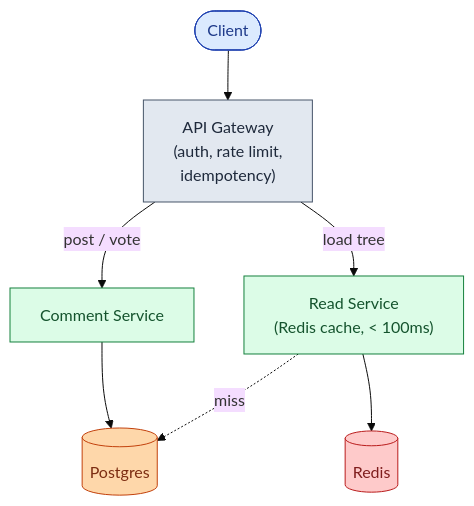
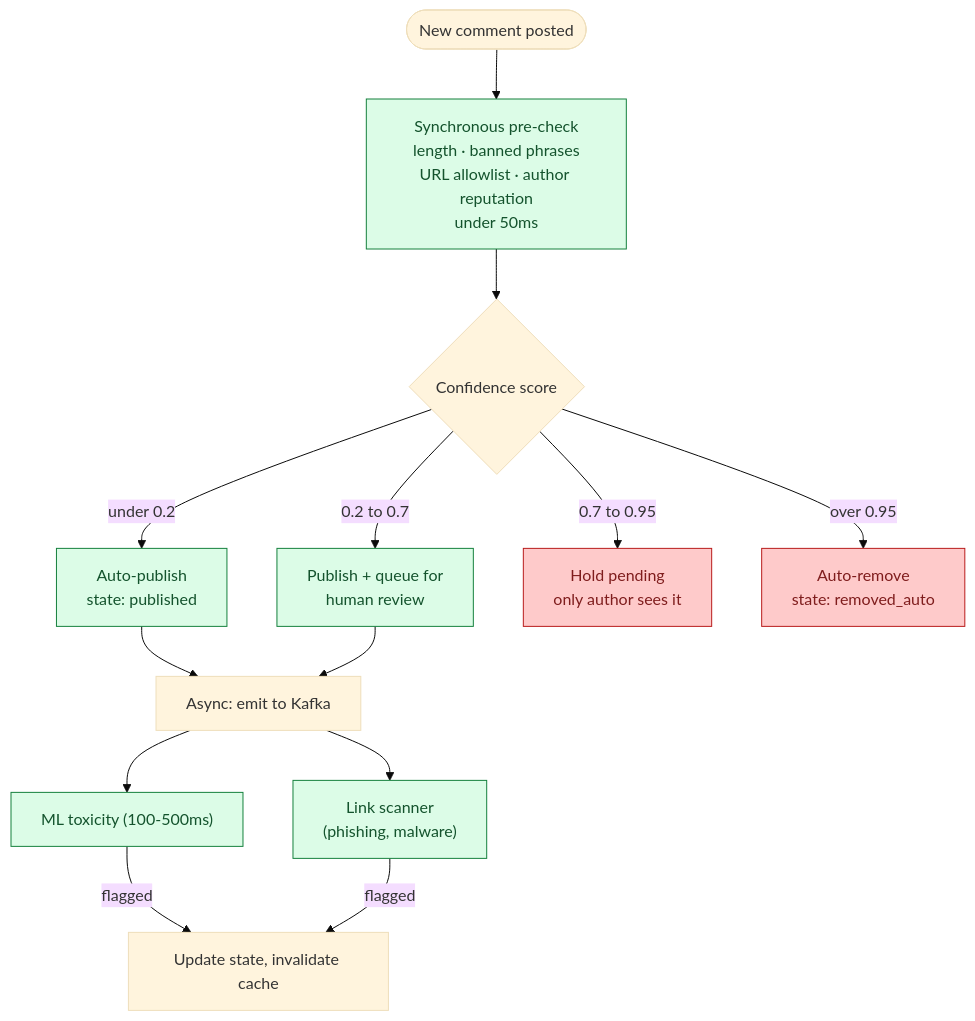
The fifth of 10 diagrams in problems/015-comment-system/question.md (shiningflash/system-design), drawn with Mermaid (base theme) before and after one commit. The commit also changed other lines of this file and 37 other files, not shown here.

````diff
--- a/problems/015-comment-system/question.md
+++ b/problems/015-comment-system/question.md
@@ -268,15 +245,19 @@
 ```mermaid
-flowchart TB
-    C([Client]):::user --> GW["API Gateway<br/>(auth, rate limit,<br/>idempotency)"]:::edge
-    GW -->|post / vote| CS["Comment Service"]:::app
-    GW -->|load tree| RS["Read Service<br/>(Redis cache, < 100ms)"]:::app
-    CS --> DB[("Postgres")]:::db
-    RS --> Cache[("Redis")]:::cache
-    RS -.miss.-> DB
+flowchart TD
+    Start([New comment posted]) --> Pre["Synchronous pre-check<br/>length · banned phrases<br/>URL allowlist · author reputation<br/>under 50ms"]:::app
+    Pre --> Score{Confidence score}
+    Score -->|"under 0.2"| Pub["Auto-publish<br/>state: published"]:::ok
+    Score -->|"0.2 to 0.7"| PubQ["Publish + queue for<br/>human review"]:::ok
+    Score -->|"0.7 to 0.95"| Hold["Hold pending<br/>only author sees it"]:::bad
+    Score -->|"over 0.95"| Reject["Auto-remove<br/>state: removed_auto"]:::bad
+    Pub --> Async["Async: emit to Kafka"]
+    PubQ --> Async
+    Async --> ML["ML toxicity (100-500ms)"]:::app
+    Async --> Link["Link scanner<br/>(phishing, malware)"]:::app
+    ML -->|flagged| Update["Update state, invalidate cache"]
+    Link -->|flagged| Update
 
-    classDef user fill:#dbeafe,stroke:#1e40af,color:#1e3a8a
-    classDef edge fill:#e2e8f0,stroke:#475569,color:#1e293b
     classDef app fill:#dcfce7,stroke:#15803d,color:#14532d
-    classDef db fill:#fed7aa,stroke:#c2410c,color:#7c2d12
-    classDef cache fill:#fecaca,stroke:#b91c1c,color:#7f1d1d
+    classDef ok fill:#dcfce7,stroke:#15803d,color:#14532d
+    classDef bad fill:#fecaca,stroke:#b91c1c,color:#7f1d1d
 ```
````
